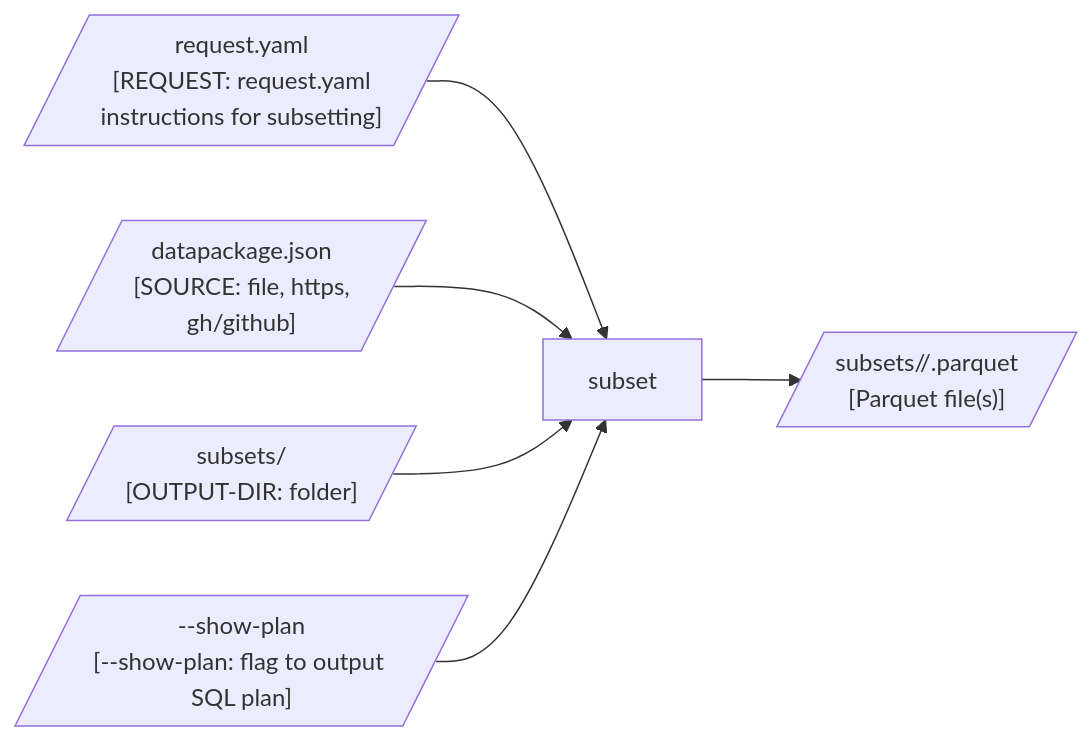
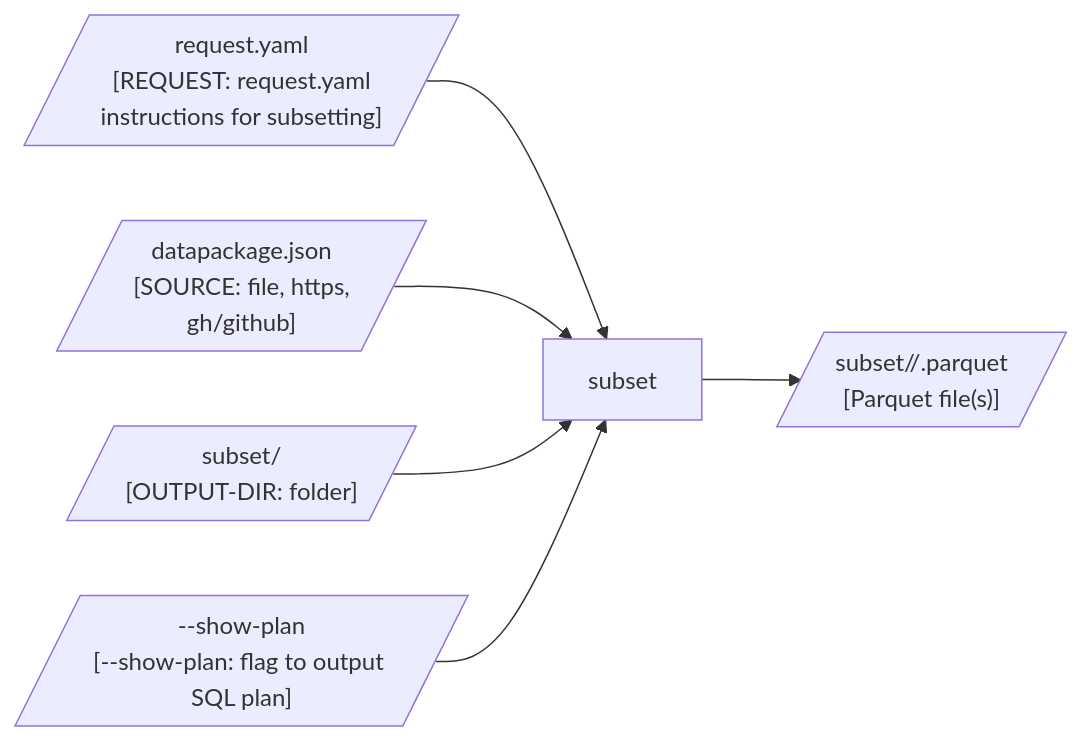
Before and after one commit to seedcase-project/seedcase-propagate: the second of 4 diagrams in docs/design/interface/cli.qmd, drawn with Mermaid. The commit also changed other lines of this file, not shown here.

Commit message:
docs: 🏗️ clarify that `request.yaml` should be where `subset/` is (#90)

````diff
--- a/docs/design/interface/cli.qmd
+++ b/docs/design/interface/cli.qmd
@@ -147,22 +149,22 @@
 ```{mermaid}
 %%| label: fig-cli-subset-flow
 %%| fig-cap: "The flow of input and output through the CLI `subset` command."
 %%| fig-alt: >-
 %%|   Diagram showing the flow of input and output through the CLI `subset`
 %%|   command. The user provides the source of the metadata file, the request
 %%|   file, and output directory for the files.
 
 flowchart LR
     source[/"datapackage.json<br>[SOURCE: file, https,<br>gh/github]"/]
     subset["subset"]
     request[/"request.yaml<br>[REQUEST: request.yaml<br>instructions for subsetting]"/]
     show_plan[/"--show-plan<br>[--show-plan: flag to output SQL plan]"/]
-    output_dir[/"subsets/<br>[OUTPUT-DIR: folder]"/]
-    output[/"subsets/<project-name>/<resource-name>.parquet<br>[Parquet file(s)]"/]
+    output_dir[/"subset/<br>[OUTPUT-DIR: folder]"/]
+    output[/"subset/<project-name>/<resource-name>.parquet<br>[Parquet file(s)]"/]
 
     request --> subset
     source --> subset
     output_dir --> subset
     show_plan --> subset
     subset --> output
 ```
````
